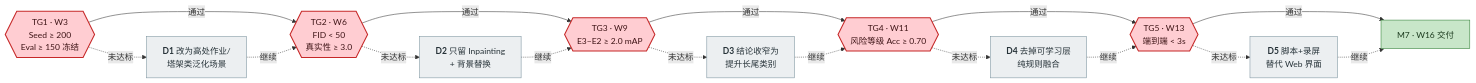
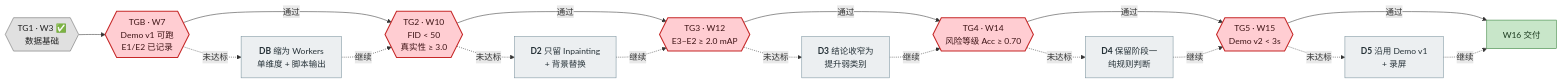
One commit to muamuauh/AY26S1-45-SPML changed the third of 4 diagrams in docs/05-技术路线图-CN.md. Above: the diagram before and after it, drawn with Mermaid. The commit also changed other lines of this file and 17 other files, not shown here.

First line of the commit message:
docs: switch to baseline-first two-phase flow and prune stale content

````diff
--- a/docs/05-技术路线图-CN.md
+++ b/docs/05-技术路线图-CN.md
@@ -283,26 +323,28 @@
 ```mermaid
 flowchart LR
+    classDef done fill:#e0e0e0,stroke:#616161,stroke-width:1px,color:#212121
     classDef gate fill:#ffcdd2,stroke:#c62828,stroke-width:2px,color:#3e1416
     classDef pass fill:#c8e6c9,stroke:#2e7d32,stroke-width:1px,color:#1b3a1e
     classDef down fill:#eceff1,stroke:#78909c,stroke-width:1px,color:#263238
 
-    TG1{{"TG1 · W3<br/>Seed ≥ 200<br/>Eval ≥ 150 冻结"}}:::gate
-    TG2{{"TG2 · W6<br/>FID &lt; 50<br/>真实性 ≥ 3.0"}}:::gate
-    TG3{{"TG3 · W9<br/>E3−E2 ≥ 2.0 mAP"}}:::gate
-    TG4{{"TG4 · W11<br/>风险等级 Acc ≥ 0.70"}}:::gate
-    TG5{{"TG5 · W13<br/>端到端 &lt; 3s"}}:::gate
-    DONE["M7 · W16 交付"]:::pass
+    TG1{{"TG1 · W3 ✅<br/>数据基础"}}:::done
+    TGB{{"TGB · W7<br/>Demo v1 可跑<br/>E1/E2 已记录"}}:::gate
+    TG2{{"TG2 · W10<br/>FID &lt; 50<br/>真实性 ≥ 3.0"}}:::gate
+    TG3{{"TG3 · W12<br/>E3−E2 ≥ 2.0 mAP"}}:::gate
+    TG4{{"TG4 · W14<br/>风险等级 Acc ≥ 0.70"}}:::gate
+    TG5{{"TG5 · W15<br/>Demo v2 &lt; 3s"}}:::gate
+    DONE["W16 交付"]:::pass
 
-    D1["<b>D1</b> 改为高处作业/<br/>塔架类泛化场景"]:::down
+    DB["<b>DB</b> 缩为 Workers<br/>单维度 + 脚本输出"]:::down
     D2["<b>D2</b> 只留 Inpainting<br/>+ 背景替换"]:::down
-    D3["<b>D3</b> 结论收窄为<br/>提升长尾类别"]:::down
-    D4["<b>D4</b> 去掉可学习层<br/>纯规则融合"]:::down
-    D5["<b>D5</b> 脚本+录屏<br/>替代 Web 界面"]:::down
+    D3["<b>D3</b> 结论收窄为<br/>提升弱类别"]:::down
+    D4["<b>D4</b> 保留阶段一<br/>纯规则判断"]:::down
+    D5["<b>D5</b> 沿用 Demo v1<br/>+ 录屏"]:::down
 
-    TG1 -->|通过| TG2 -->|通过| TG3 -->|通过| TG4 -->|通过| TG5 -->|通过| DONE
-    TG1 -.未达标.-> D1 -.继续.-> TG2
+    TG1 --> TGB -->|通过| TG2 -->|通过| TG3 -->|通过| TG4 -->|通过| TG5 -->|通过| DONE
+    TGB -.未达标.-> DB -.继续.-> TG2
     TG2 -.未达标.-> D2 -.继续.-> TG3
     TG3 -.未达标.-> D3 -.继续.-> TG4
     TG4 -.未达标.-> D4 -.继续.-> TG5
     TG5 -.未达标.-> D5 -.继续.-> DONE
 ```
````
